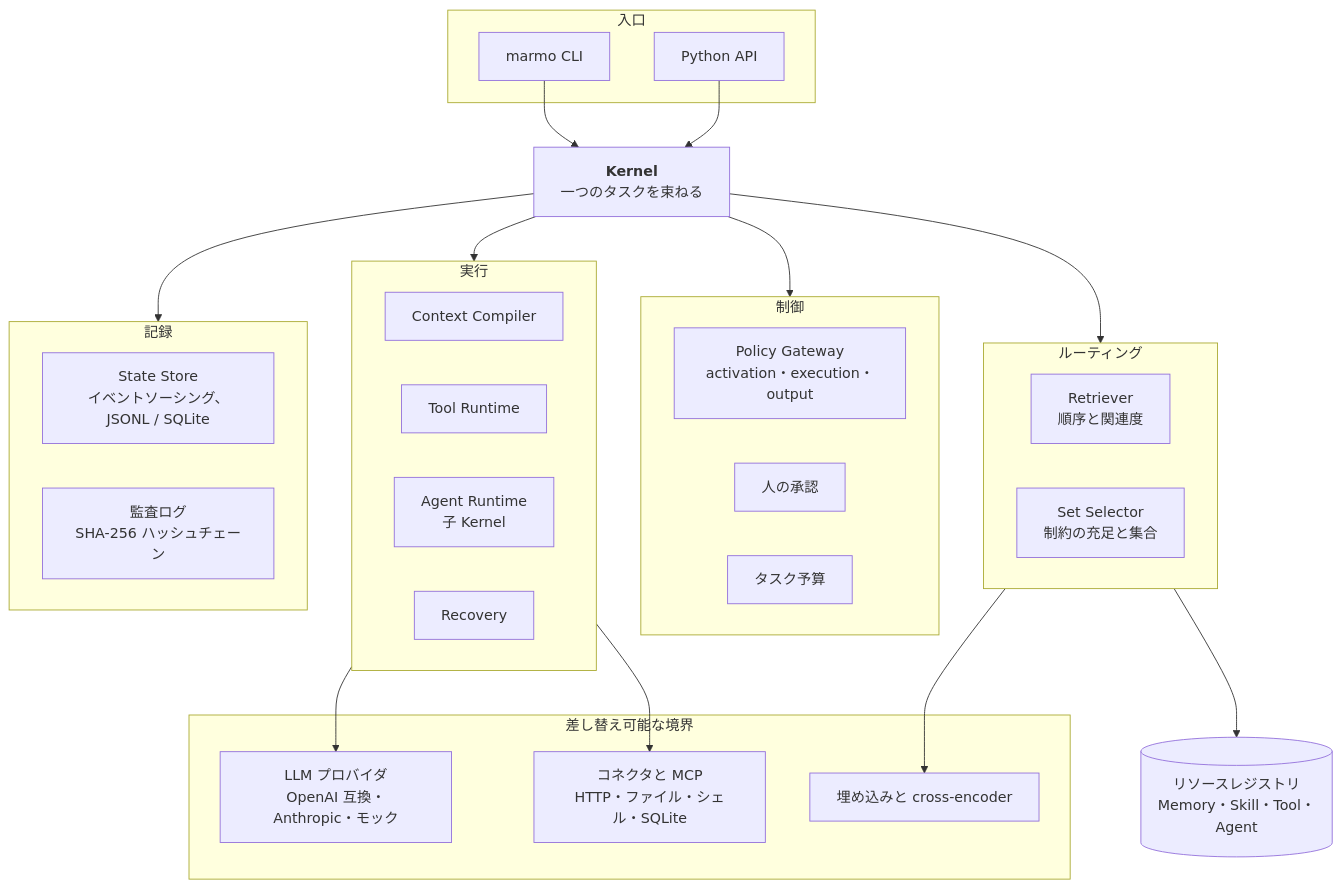
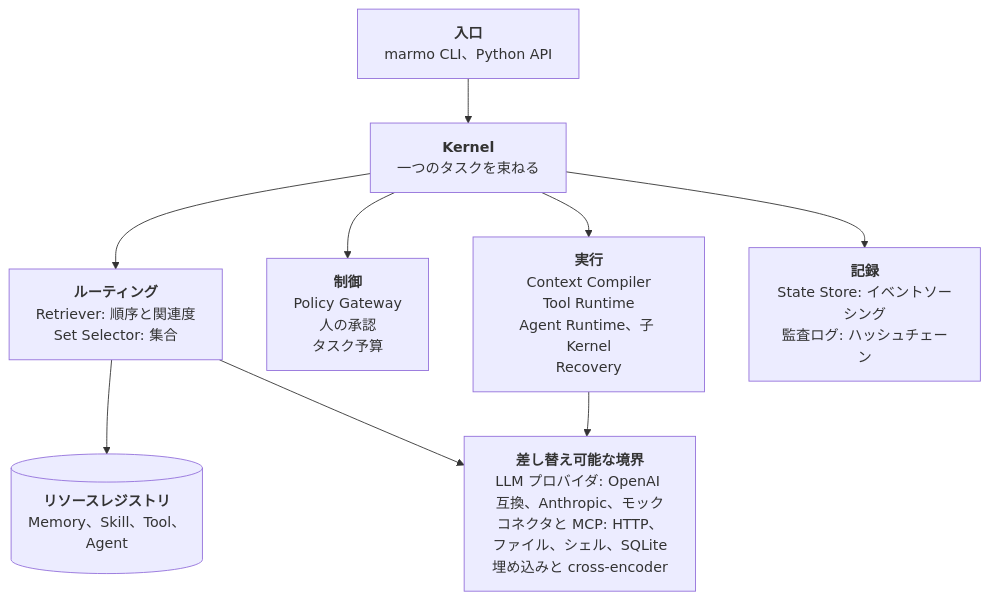
The fifth of 6 diagrams in README.md (kota-kawa/Marmo-Core), drawn with Mermaid before and after one commit. The commit also changed other lines of this file, not shown here.

Commit message:
docs: make the README layer diagram legible at page width
The subgraph layout rendered about 1,500 px wide and was scaled down until
its labels were unreadable. Use one node per layer instead.

````diff
--- a/README.md
+++ b/README.md
@@ -544,43 +517,16 @@
 ```mermaid
 flowchart TB
-    subgraph entry["入口"]
-        cli["marmo CLI"]
-        api["Python API"]
-    end
+    entry["<b>入口</b><br/>marmo CLI、Python API"]
     kernel["<b>Kernel</b><br/>一つのタスクを束ねる"]
-    subgraph routing["ルーティング"]
-        retriever["Retriever<br/>順序と関連度"]
-        selector["Set Selector<br/>制約の充足と集合"]
-    end
-    subgraph control["制御"]
-        policy["Policy Gateway<br/>activation・execution・output"]
-        hitl["人の承認"]
-        budget["タスク予算"]
-    end
-    subgraph execution["実行"]
-        compiler["Context Compiler"]
-        tools["Tool Runtime"]
-        agents["Agent Runtime<br/>子 Kernel"]
-        recovery["Recovery"]
-    end
-    subgraph record["記録"]
-        state["State Store<br/>イベントソーシング、JSONL / SQLite"]
-        audit["監査ログ<br/>SHA-256 ハッシュチェーン"]
-    end
-    subgraph boundary["差し替え可能な境界"]
-        llm["LLM プロバイダ<br/>OpenAI 互換・Anthropic・モック"]
-        connectors["コネクタと MCP<br/>HTTP・ファイル・シェル・SQLite"]
-        embeddings["埋め込みと cross-encoder"]
-    end
-    registry[("リソースレジストリ<br/>Memory・Skill・Tool・Agent")]
-    cli --> kernel
-    api --> kernel
-    kernel --> routing
-    kernel --> control
-    kernel --> execution
-    kernel --> record
+    routing["<b>ルーティング</b><br/>Retriever: 順序と関連度<br/>Set Selector: 集合"]
+    control["<b>制御</b><br/>Policy Gateway<br/>人の承認<br/>タスク予算"]
+    execution["<b>実行</b><br/>Context Compiler<br/>Tool Runtime<br/>Agent Runtime、子 Kernel<br/>Recovery"]
+    record["<b>記録</b><br/>State Store: イベントソーシング<br/>監査ログ: ハッシュチェーン"]
+    registry[("<b>リソースレジストリ</b><br/>Memory、Skill、Tool、Agent")]
+    boundary["<b>差し替え可能な境界</b><br/>LLM プロバイダ: OpenAI 互換、Anthropic、モック<br/>コネクタと MCP: HTTP、ファイル、シェル、SQLite<br/>埋め込みと cross-encoder"]
+    entry --> kernel
+    kernel --> routing & control & execution & record
     routing --> registry
-    routing --> embeddings
-    execution --> llm
-    execution --> connectors
+    routing --> boundary
+    execution --> boundary
 ```
````
